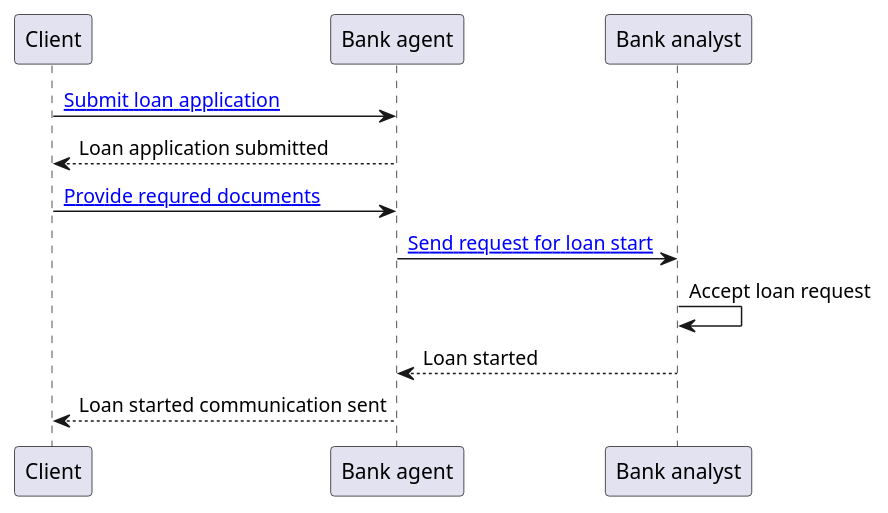
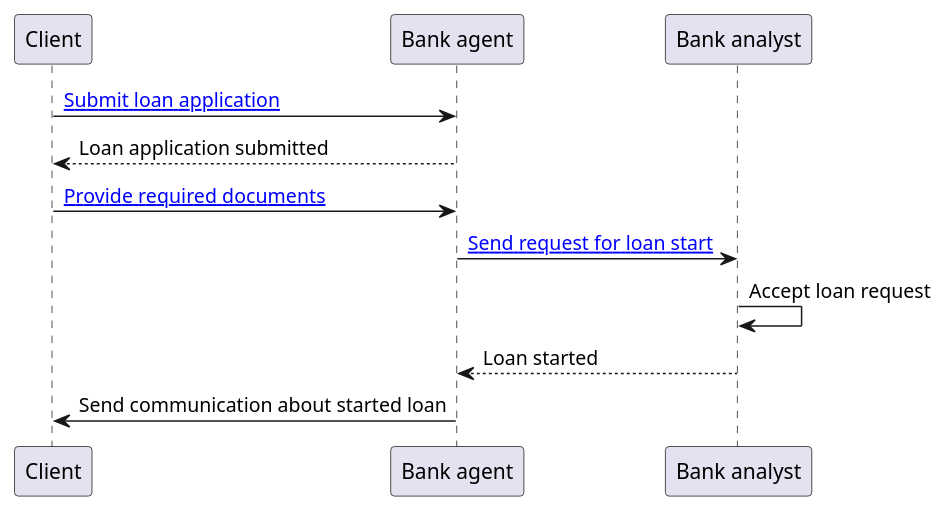
One commit to PawelJaworski/ddd-loan-application changed the diagram in model/activity diagram.puml. Above: the diagram before and after it, drawn with PlantUML. The commit also changed 1 other file, not shown here.

```diff
--- a/model/activity diagram.puml
+++ b/model/activity diagram.puml
@@ -1,9 +1,9 @@
 @startuml
-Client -> "Bank agent" : [[https://github.com/PawelJaworski/ddd-loan-application/blob/master/src/main/java/pl/javorek/ddd/service/applicationforloan/application/cmd/ApplicationForALoanCmdFacade.java#L24 Submit loan application]]
+Client -> "Bank agent" : [[https://github.com/PawelJaworski/ddd-loan-application/blob/main/src/main/java/pl/javorek/ddd/service/applicationforloan/application/command/ApplicationForALoanCmdFacade.java Submit loan application]]
 "Bank agent" --> "Client" : Loan application submitted
-Client -> "Bank agent" : [[https://github.com/PawelJaworski/ddd-loan-application/blob/master/src/main/java/pl/javorek/ddd/service/applicationforloan/application/cmd/ApplicationForALoanCmdFacade.java#L38 Provide requred documents]]
-"Bank agent" -> "Bank analyst" : [[https://github.com/PawelJaworski/ddd-loan-application/blob/master/src/main/java/pl/javorek/ddd/service/applicationforloan/application/cmd/ApplicationForALoanCmdFacade.java#L38 Send request for loan start]]
+Client -> "Bank agent" : [[https://github.com/PawelJaworski/ddd-loan-application/blob/main/src/main/java/pl/javorek/ddd/service/applicationforloan/application/command/ApplicationForALoanCmdFacade.java Provide required documents]]
+"Bank agent" -> "Bank analyst" : [[https://github.com/PawelJaworski/ddd-loan-application/blob/main/src/main/java/pl/javorek/ddd/service/applicationforloan/application/command/ApplicationForALoanCmdFacade.java Send request for loan start]]
 "Bank analyst" -> "Bank analyst" : Accept loan request
 "Bank analyst" --> "Bank agent" : Loan started
-"Bank agent" --> "Client" : Loan started communication sent
+"Bank agent" -> "Client" : Send communication about started loan
 @enduml
```
